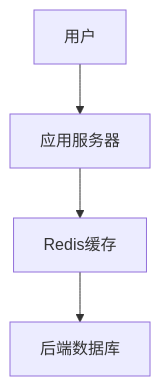
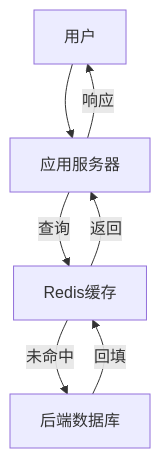
Before and after one commit to AdaMartin18010/Data-Science: the diagram in Analysis/1-数据库系统/1.3-NoSQL/1.3.1-形式模型.md, drawn with Mermaid. The commit also changed other lines of this file and 338 other files, not shown here.

````diff
--- a/Analysis/1-数据库系统/1.3-NoSQL/1.3.1-形式模型.md
+++ b/Analysis/1-数据库系统/1.3-NoSQL/1.3.1-形式模型.md
@@ -34,4 +662,9 @@
 ```mermaid
 flowchart TD
-  U[用户] --> A[应用服务器] --> R[Redis缓存] --> DB[后端数据库]
+  U[用户] --> A[应用服务器]
+  A -->|查询| R[Redis缓存]
+  R -->|未命中| DB[后端数据库]
+  DB -->|回填| R
+  R -->|返回| A
+  A -->|响应| U
 ```
````
